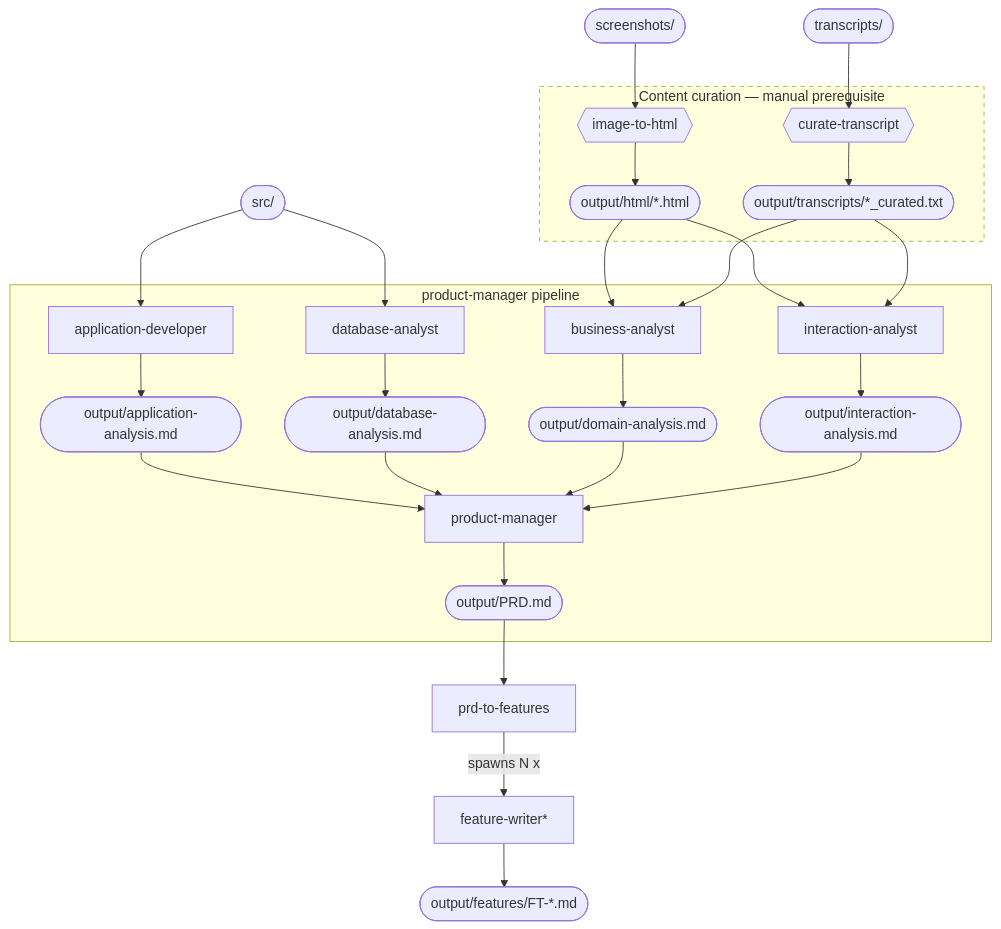
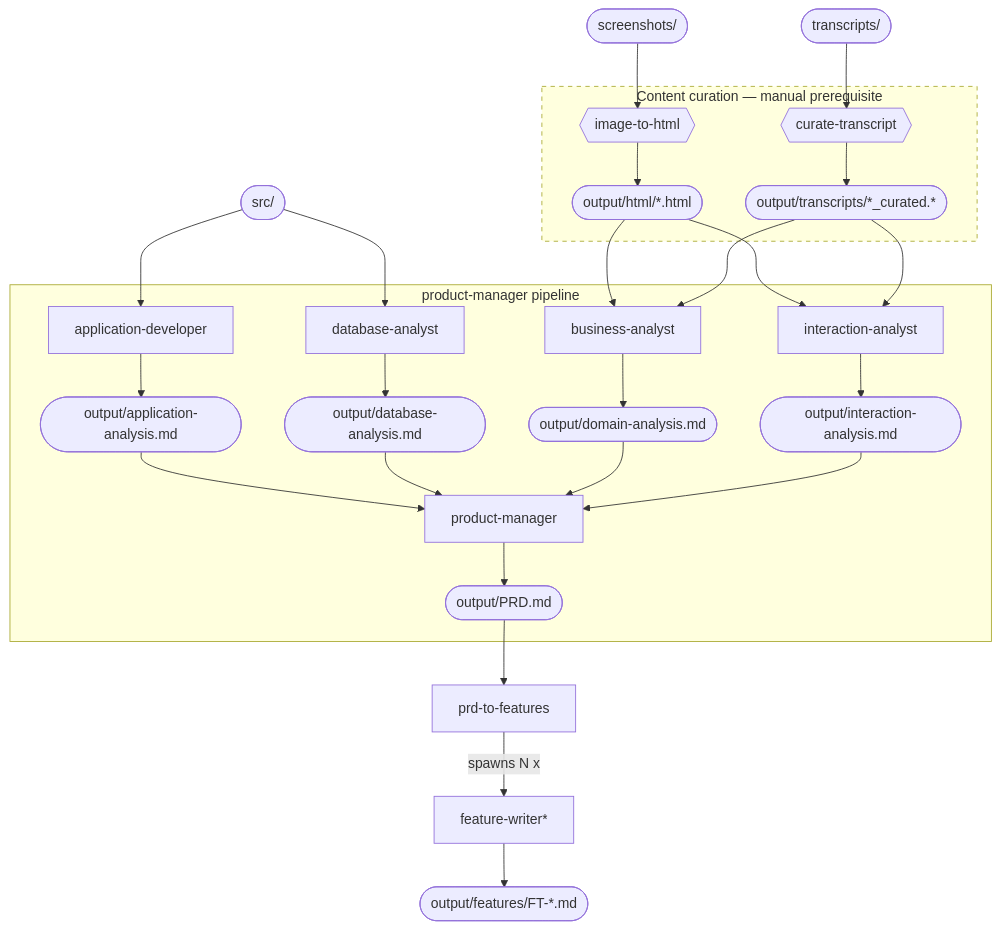
The second of 2 diagrams in README.md (robhettrick/reveng), drawn with Mermaid before and after one commit. The commit also changed other lines of this file and 18 other files, not shown here.

````diff
--- a/README.md
+++ b/README.md
@@ -375,43 +384,43 @@
 ```mermaid
 flowchart TB
     screenshots(["screenshots/"])
     transcripts(["transcripts/"])
     src(["src/"])
 
     subgraph curation ["Content curation — manual prerequisite"]
         i2h{{image-to-html}}
         ct{{curate-transcript}}
         html(["output/html/*.html"])
-        curated(["output/transcripts/*_curated.txt"])
+        curated(["output/transcripts/*_curated.*"])
 
         i2h --> html
         ct --> curated
     end
     style curation stroke-dasharray: 5 5
 
     screenshots --> i2h
     transcripts --> ct
 
     subgraph pm_pipeline ["product-manager pipeline"]
         appdev[application-developer]
         dbanalyst[database-analyst]
         ba[business-analyst]
         ia[interaction-analyst]
         PM[product-manager]
 
         appdev --> application(["output/application-analysis.md"])
         dbanalyst --> database(["output/database-analysis.md"])
         ba --> domain(["output/domain-analysis.md"])
         ia --> interaction(["output/interaction-analysis.md"])
 
         application & database & domain & interaction --> PM
         PM --> PRD(["output/PRD.md"])
     end
 
     PRD --> p2f[prd-to-features]
     p2f -->|spawns N x| fw[feature-writer*]
     fw --> features(["output/features/FT-*.md"])
 
     src --> appdev & dbanalyst
     html & curated --> ba & ia
 ```
````
